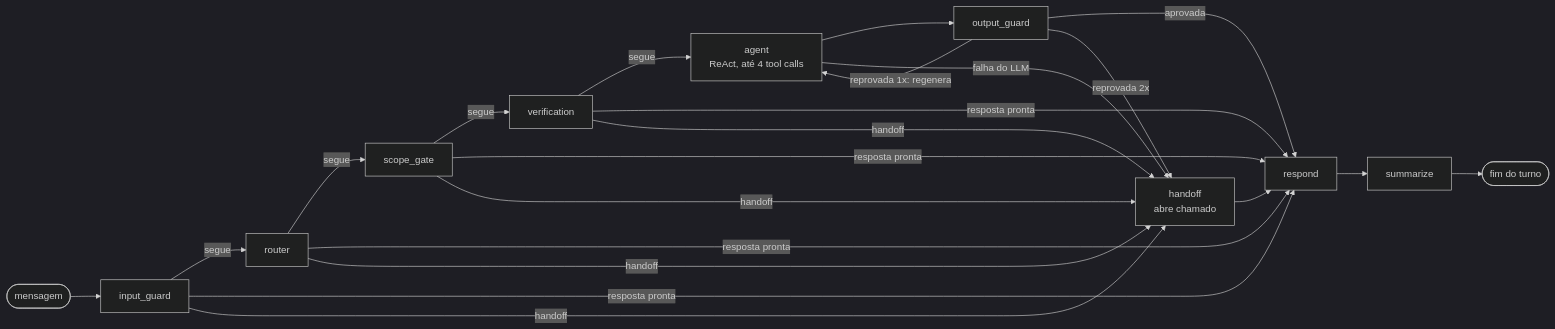
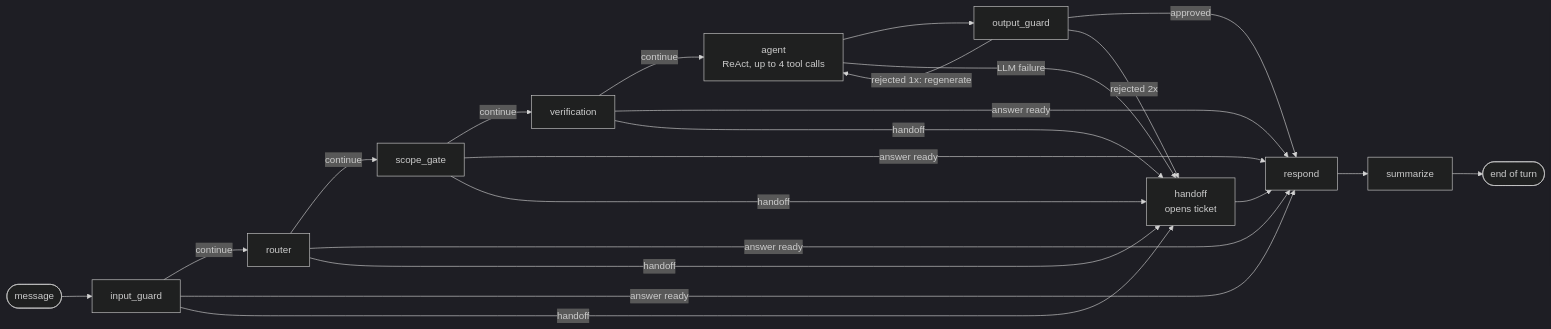
Before and after one commit to SamuelMauli/music-store-agent: the first of 3 diagrams in README.md, drawn with Mermaid (dark theme). The commit also changed other lines of this file, not shown here.

````diff
--- a/README.md
+++ b/README.md
@@ -130,18 +132,18 @@
 ```mermaid
 flowchart LR
-    S([mensagem]) --> IG[input_guard]
-    IG -->|segue| RT[router]
-    RT -->|segue| SG[scope_gate]
-    SG -->|segue| V[verification]
-    V -->|segue| AG[agent<br/>ReAct, até 4 tool calls]
+    S([message]) --> IG[input_guard]
+    IG -->|continue| RT[router]
+    RT -->|continue| SG[scope_gate]
+    SG -->|continue| V[verification]
+    V -->|continue| AG[agent<br/>ReAct, up to 4 tool calls]
     AG --> OG[output_guard]
-    OG -->|reprovada 1x: regenera| AG
-    OG -->|aprovada| R[respond]
-    IG & RT & SG & V -->|resposta pronta| R
-    IG & RT & SG & V -->|handoff| H[handoff<br/>abre chamado]
-    AG -->|falha do LLM| H
-    OG -->|reprovada 2x| H
+    OG -->|rejected 1x: regenerate| AG
+    OG -->|approved| R[respond]
+    IG & RT & SG & V -->|answer ready| R
+    IG & RT & SG & V -->|handoff| H[handoff<br/>opens ticket]
+    AG -->|LLM failure| H
+    OG -->|rejected 2x| H
     H --> R
     R --> SU[summarize]
-    SU --> E([fim do turno])
+    SU --> E([end of turn])
 ```
````
